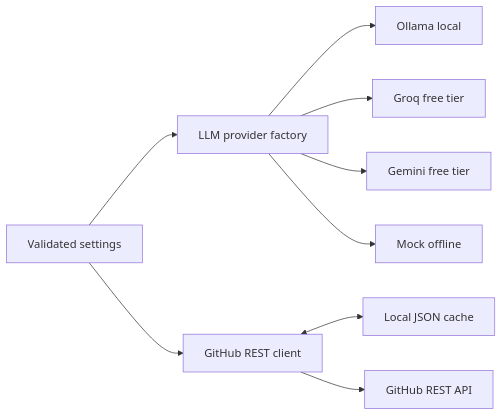
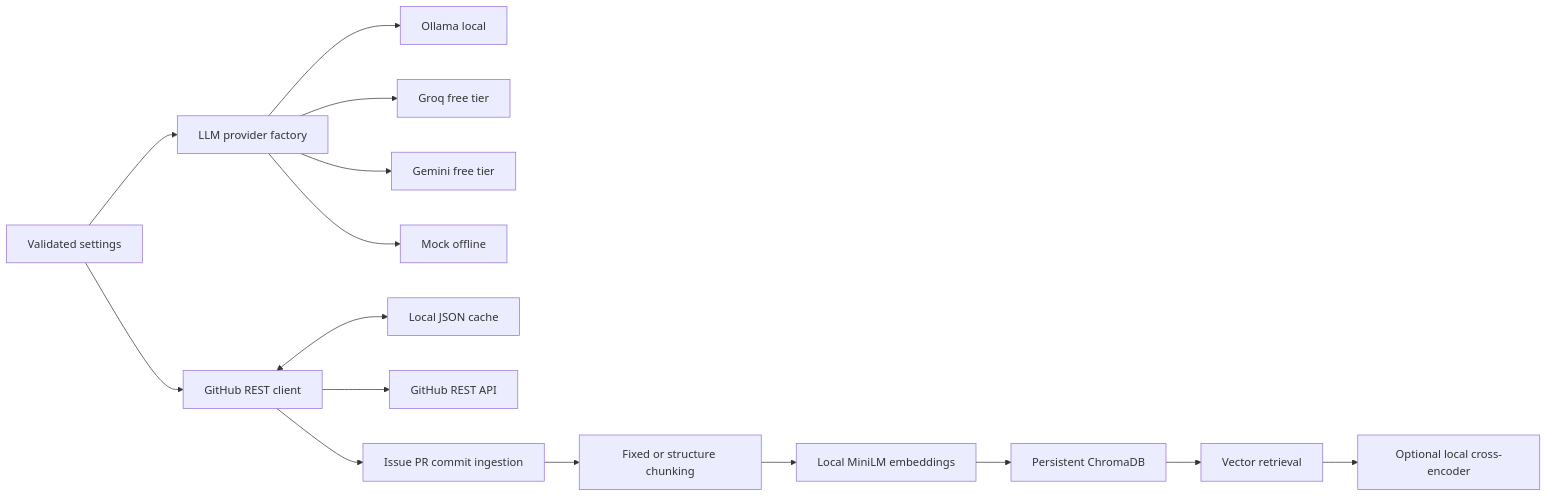
The diagram in README.md (Madv4/repopulse), drawn with Mermaid before and after one commit. The commit also changed other lines of this file and 32 other files, not shown here.

Commit message:
feat: add local ingestion and measured retrieval

````diff
--- a/README.md
+++ b/README.md
@@ -52,11 +77,17 @@
 ```mermaid
 flowchart LR
     Config[Validated settings] --> Factory[LLM provider factory]
     Factory --> Ollama[Ollama local]
     Factory --> Groq[Groq free tier]
     Factory --> Gemini[Gemini free tier]
     Factory --> Mock[Mock offline]
     Config --> GitHub[GitHub REST client]
     GitHub <--> Cache[Local JSON cache]
     GitHub --> API[GitHub REST API]
+    GitHub --> Ingest[Issue PR commit ingestion]
+    Ingest --> Chunk[Fixed or structure chunking]
+    Chunk --> Embed[Local MiniLM embeddings]
+    Embed --> Chroma[Persistent ChromaDB]
+    Chroma --> Retrieve[Vector retrieval]
+    Retrieve --> Rerank[Optional local cross-encoder]
 ```
````
